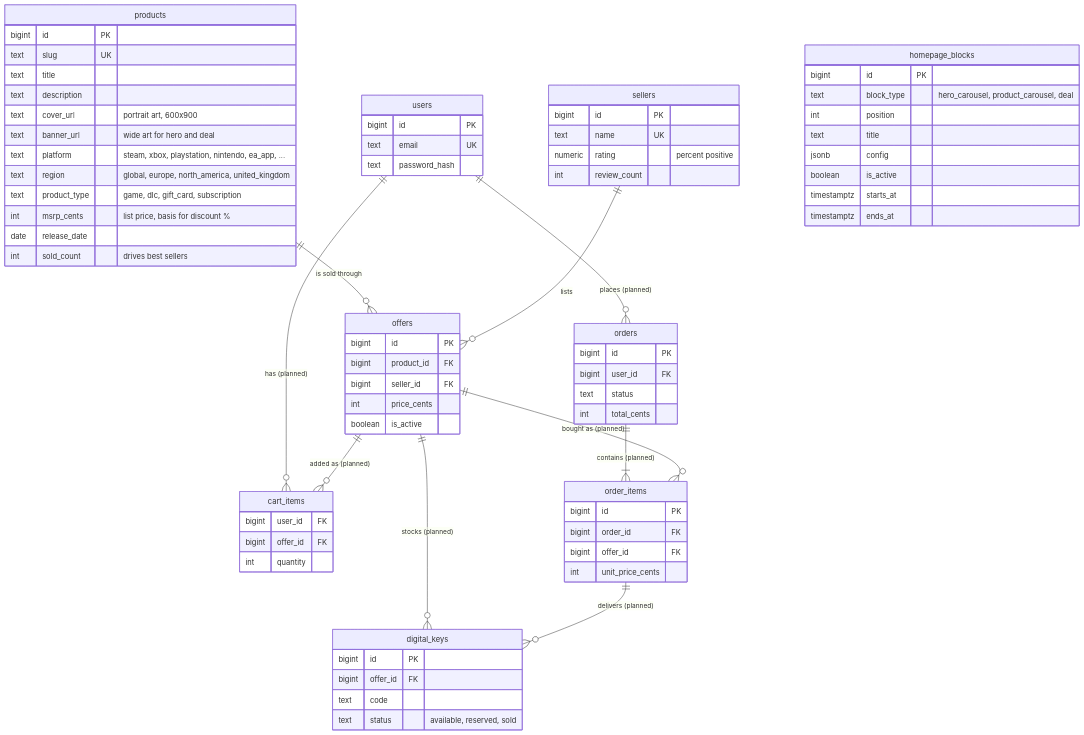
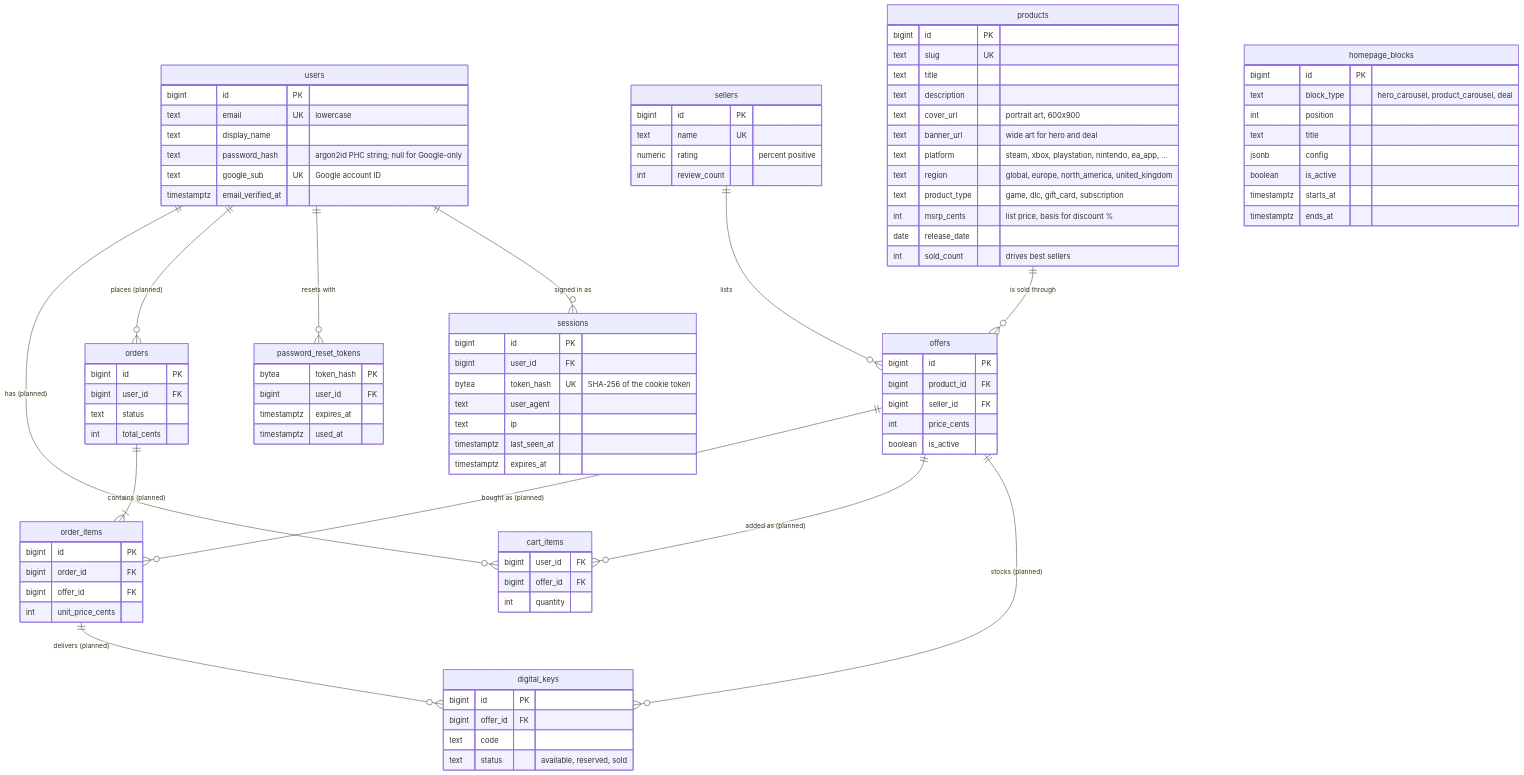
One commit to mar1uha/eneba-marketplace changed the diagram in README.md. Above: the diagram before and after it, drawn with Mermaid. The commit also changed other lines of this file and 46 other files, not shown here.

First line of the commit message:
Add email, password, and Google sign-in with protected account pages (Part 3)

```diff
--- a/README.md
+++ b/README.md
@@ -150,6 +211,8 @@
 erDiagram
     products ||--o{ offers : "is sold through"
     sellers ||--o{ offers : lists
+    users ||--o{ sessions : "signed in as"
+    users ||--o{ password_reset_tokens : "resets with"
     users ||--o{ orders : "places (planned)"
     users ||--o{ cart_items : "has (planned)"
     offers ||--o{ digital_keys : "stocks (planned)"
@@ -197,8 +260,26 @@
     }
     users {
         bigint id PK
-        text email UK
-        text password_hash
+        text email UK "lowercase"
+        text display_name
+        text password_hash "argon2id PHC string; null for Google-only"
+        text google_sub UK "Google account ID"
+        timestamptz email_verified_at
+    }
+    sessions {
+        bigint id PK
+        bigint user_id FK
+        bytea token_hash UK "SHA-256 of the cookie token"
+        text user_agent
+        text ip
+        timestamptz last_seen_at
+        timestamptz expires_at
+    }
+    password_reset_tokens {
+        bytea token_hash PK
+        bigint user_id FK
+        timestamptz expires_at
+        timestamptz used_at
     }
     digital_keys {
         bigint id PK
```
